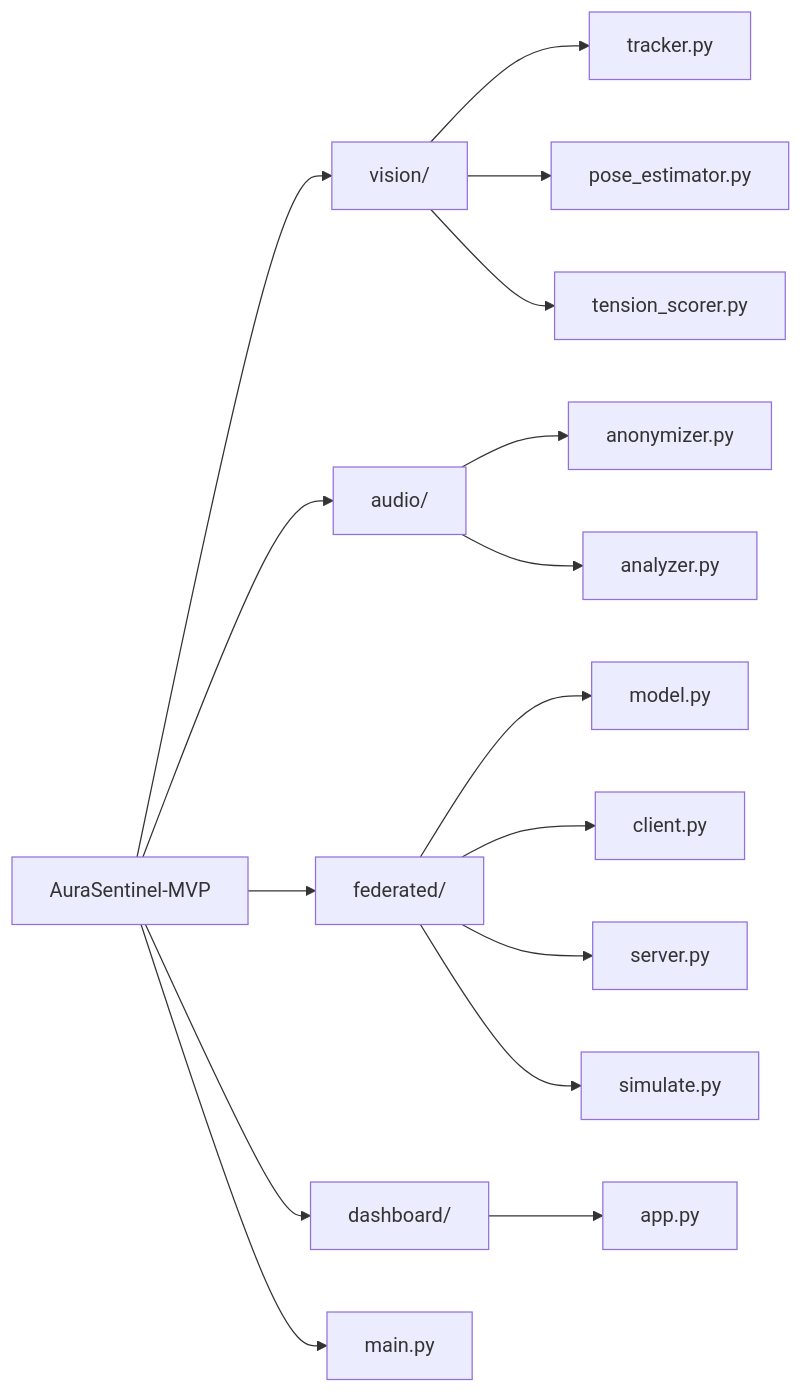
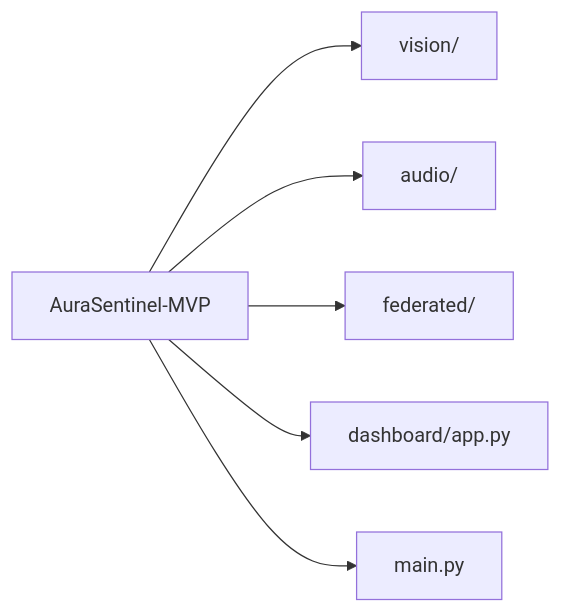
One commit to rita-berrada/AuraSentinel-MVP changed the diagram in README.md. Above: the diagram before and after it, drawn with Mermaid.

Commit message:
Shrink architecture diagram to top-level modules only

````diff
--- a/README.md
+++ b/README.md
@@ -11,23 +11,8 @@
 ```mermaid
 graph LR
-    R[AuraSentinel-MVP]
-    R --> V[vision/]
+    R[AuraSentinel-MVP] --> V[vision/]
     R --> A[audio/]
     R --> F[federated/]
-    R --> D[dashboard/]
+    R --> D[dashboard/app.py]
     R --> M[main.py]
-
-    V --> V1[tracker.py]
-    V --> V2[pose_estimator.py]
-    V --> V3[tension_scorer.py]
-
-    A --> A1[anonymizer.py]
-    A --> A2[analyzer.py]
-
-    F --> F1[model.py]
-    F --> F2[client.py]
-    F --> F3[server.py]
-    F --> F4[simulate.py]
-
-    D --> D1[app.py]
 ```
````
